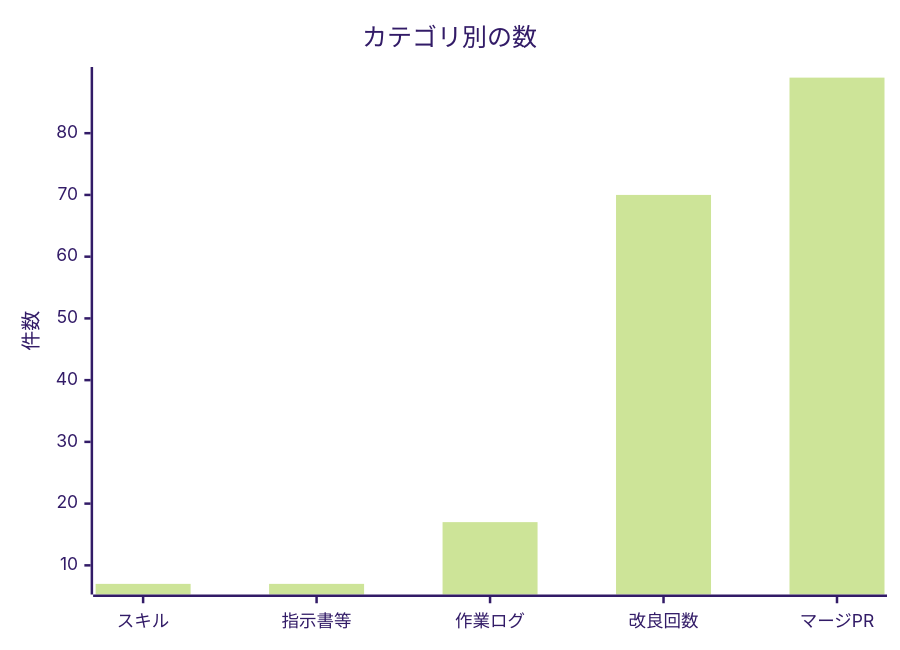
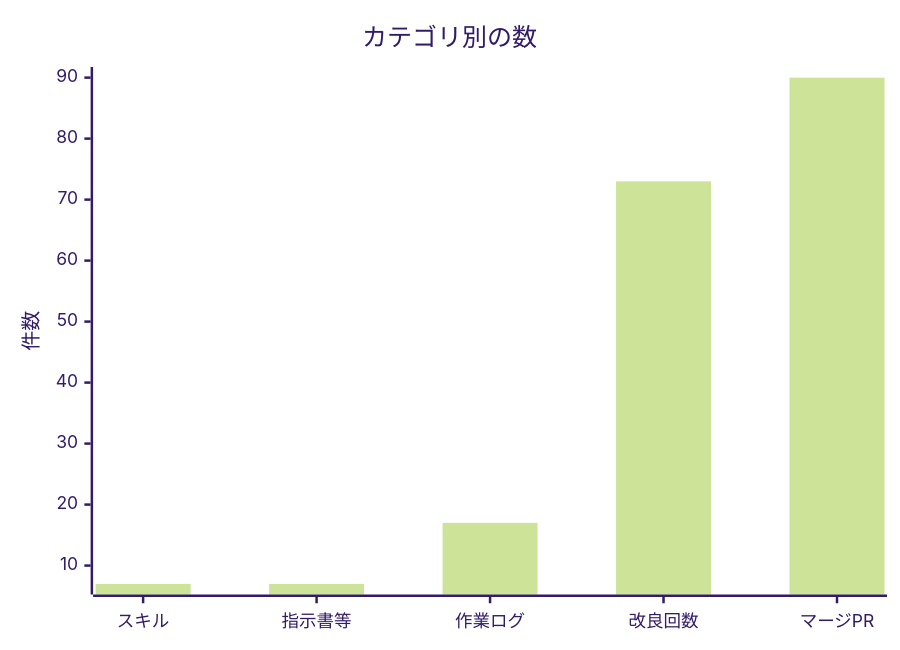
The second of 2 diagrams in docs/進化レポート.md (non-x2/non-x2), drawn with Mermaid (forest theme) before and after one commit. The commit also changed other lines of this file and 3 other files, not shown here.

````diff
--- a/docs/進化レポート.md
+++ b/docs/進化レポート.md
@@ -33,7 +33,7 @@
 ```mermaid
 xychart-beta
     title "カテゴリ別の数"
     x-axis ["スキル", "指示書等", "作業ログ", "改良回数", "マージPR"]
     y-axis "件数"
-    bar [7, 7, 17, 70, 89]
+    bar [7, 7, 17, 73, 90]
 ```
````
